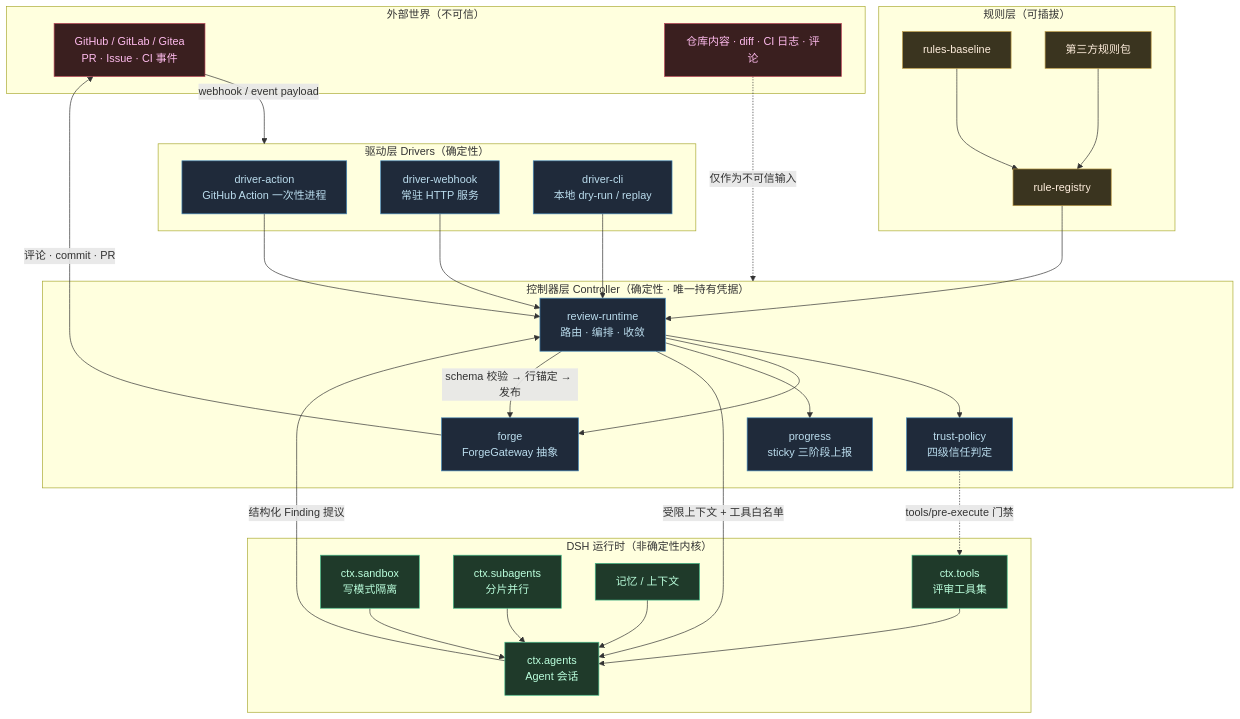
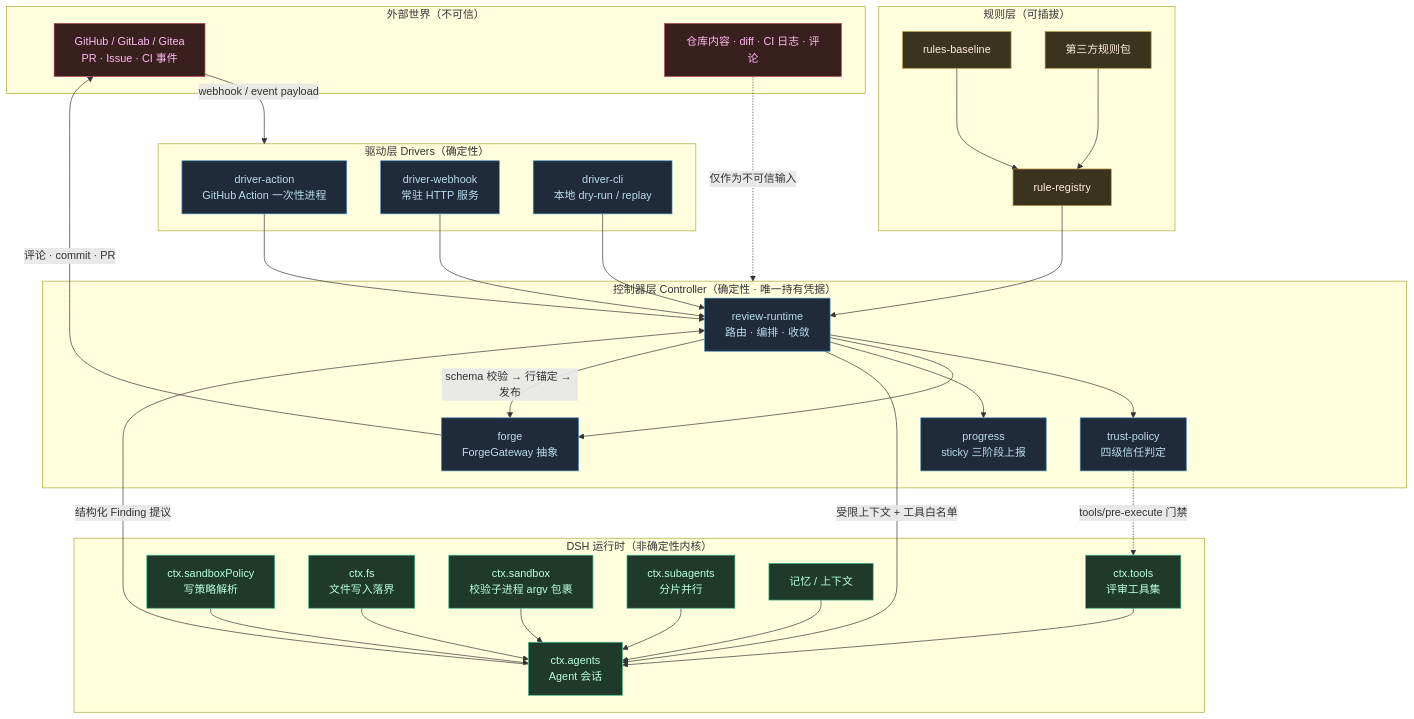
One commit to chaojixinren/dsh-reviewer-bot changed the first of 3 diagrams in docs/02-architecture.md. Above: the diagram before and after it, drawn with Mermaid. The commit also changed 10 other files, not shown here.

````diff
--- a/docs/02-architecture.md
+++ b/docs/02-architecture.md
@@ -5,61 +5,65 @@
 ```mermaid
 flowchart TB
     subgraph EXT["外部世界（不可信）"]
         GH["GitHub / GitLab / Gitea<br/>PR · Issue · CI 事件"]
         REPO["仓库内容 · diff · CI 日志 · 评论"]
     end
 
     subgraph DRV["驱动层 Drivers（确定性）"]
         DA["driver-action<br/>GitHub Action 一次性进程"]
         DW["driver-webhook<br/>常驻 HTTP 服务"]
         DC["driver-cli<br/>本地 dry-run / replay"]
     end
 
     subgraph CTRL["控制器层 Controller（确定性 · 唯一持有凭据）"]
         RT["review-runtime<br/>路由 · 编排 · 收敛"]
         TP["trust-policy<br/>四级信任判定"]
         FG["forge<br/>ForgeGateway 抽象"]
         PR2["progress<br/>sticky 三阶段上报"]
     end
 
     subgraph DSHRT["DSH 运行时（非确定性内核）"]
         AG["ctx.agents<br/>Agent 会话"]
         TL["ctx.tools<br/>评审工具集"]
-        SB["ctx.sandbox<br/>写模式隔离"]
+        SBP["ctx.sandboxPolicy<br/>写策略解析"]
+        FS["ctx.fs<br/>文件写入落界"]
+        SB["ctx.sandbox<br/>校验子进程 argv 包裹"]
         SA["ctx.subagents<br/>分片并行"]
         MEM["记忆 / 上下文"]
     end
 
     subgraph RULES["规则层（可插拔）"]
         RR["rule-registry"]
         RB["rules-baseline"]
         R3["第三方规则包"]
     end
 
     GH -->|webhook / event payload| DRV
     REPO -.->|"仅作为不可信输入"| CTRL
     DA & DW & DC --> RT
     RT --> TP
     RT --> FG
     RT --> PR2
     RT -->|"受限上下文 + 工具白名单"| AG
     TL --> AG
     TP -.->|"tools/pre-execute 门禁"| TL
+    SBP --> AG
+    FS --> AG
     SB --> AG
     SA --> AG
     MEM --> AG
     RR --> RT
     RB & R3 --> RR
     AG -->|"结构化 Finding 提议"| RT
     RT -->|"schema 校验 → 行锚定 → 发布"| FG
     FG -->|"评论 · commit · PR"| GH
 
     classDef untrusted fill:#3a1f1f,stroke:#b45,color:#fbe
     classDef det fill:#1f2a3a,stroke:#48b,color:#bde
     classDef kernel fill:#1f3a2a,stroke:#4b8,color:#bfd
     classDef rule fill:#3a341f,stroke:#b94,color:#fed
     class GH,REPO untrusted
     class DA,DW,DC,RT,TP,FG,PR2 det
-    class AG,TL,SB,SA,MEM kernel
+    class AG,TL,SBP,FS,SB,SA,MEM kernel
     class RR,RB,R3 rule
 ```
````
